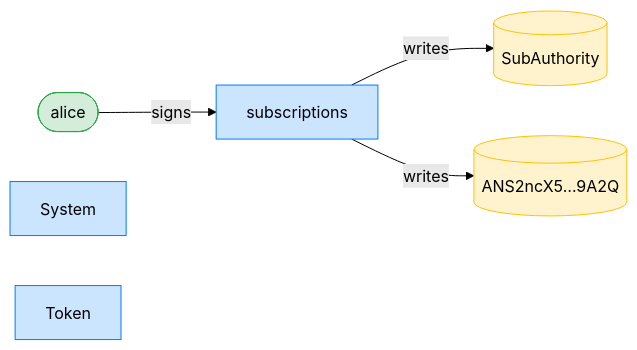
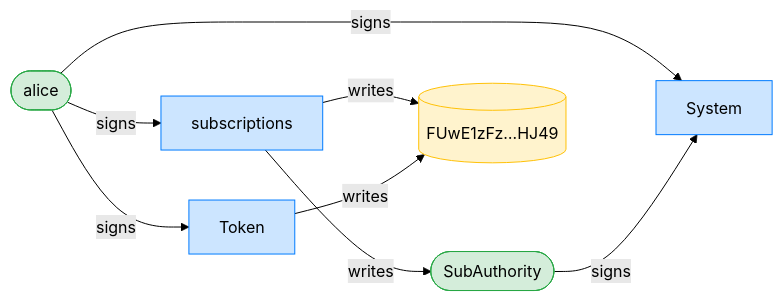
One commit to cds-rs/subscriptions changed the third of 4 diagrams in dsl_tests/close--writable-accounts-must-be-writable.md. Above: the diagram before and after it, drawn with Mermaid (forest theme). The commit also changed other lines of this file and 224 other files, not shown here.

````diff
--- a/dsl_tests/close--writable-accounts-must-be-writable.md
+++ b/dsl_tests/close--writable-accounts-must-be-writable.md
@@ -53,15 +54,19 @@
 ```mermaid
 flowchart LR
     classDef signer fill:#d4edda,stroke:#28a745;
     classDef program fill:#cce5ff,stroke:#007bff;
     classDef writable fill:#fff3cd,stroke:#ffc107;
     subscriptions[subscriptions]:::program
     alice([alice]):::signer
-    SubAuthority[(SubAuthority)]:::writable
-    ANS2ncX5_9A2Q[("ANS2ncX5…9A2Q")]:::writable
+    SubAuthority([SubAuthority]):::signer
+    FUwE1zFz_HJ49[("FUwE1zFz…HJ49")]:::writable
     System[System]:::program
     Token[Token]:::program
     alice -->|signs| subscriptions
+    alice -->|signs| System
+    SubAuthority -->|signs| System
+    alice -->|signs| Token
     subscriptions -->|writes| SubAuthority
-    subscriptions -->|writes| ANS2ncX5_9A2Q
+    subscriptions -->|writes| FUwE1zFz_HJ49
+    Token -->|writes| FUwE1zFz_HJ49
 ```
````
